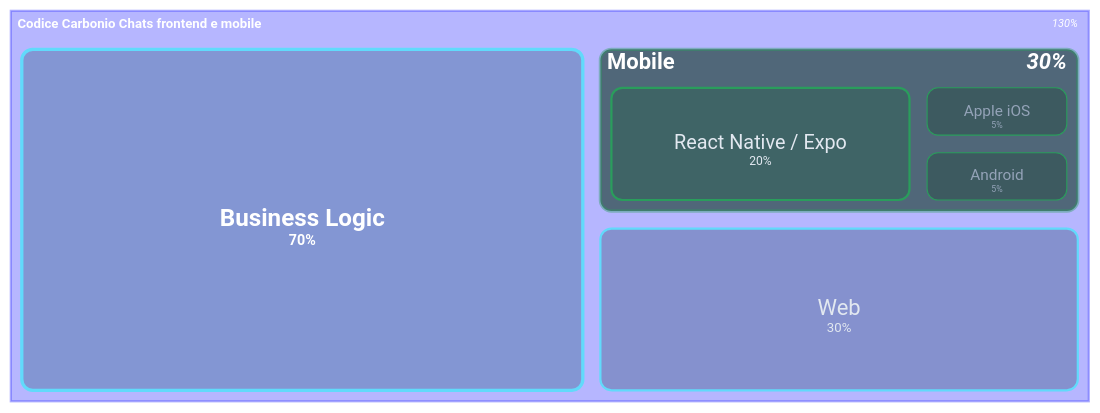
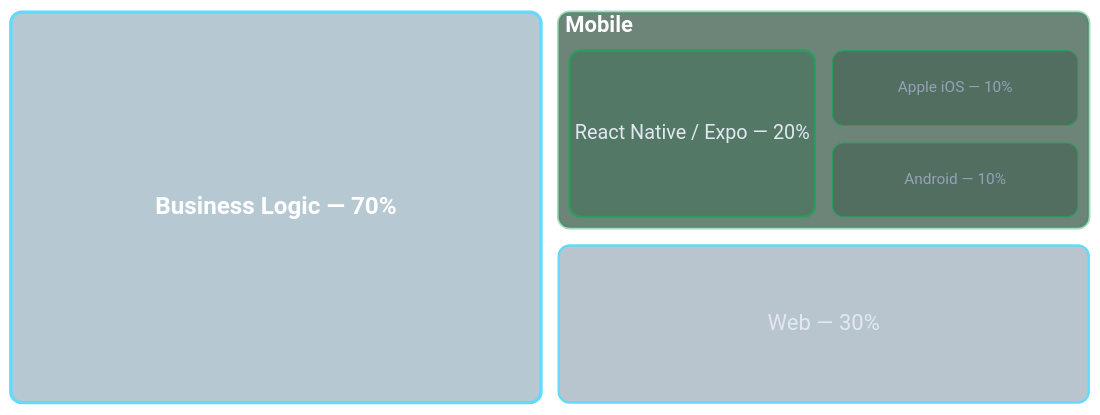
Before and after one commit to lisaparma/Chats-React-Native-slides: the diagram in pages/2-react-native.md, drawn with Mermaid. The commit also changed other lines of this file and 6 other files, not shown here.

````diff
--- a/pages/2-react-native.md
+++ b/pages/2-react-native.md
@@ -19,25 +19,23 @@
 ```mermaid
 ---
 config:
   treemap:
-    valueFormat: '.0%'
-    showValues: true
+    showValues: false
     padding: 16
     headerHeight: 36
 ---
 
 treemap-beta
-"Codice Carbonio Chats frontend e mobile"
-    "Business Logic": 0.70:::shared
-    "Web": 0.30:::web
+    "Business Logic  —  70%": 0.70:::shared
+    "Web  —  30%": 0.30:::web
     "Mobile":::mobileGroup
-        "React Native / Expo": 0.20:::rn
-        "Apple iOS": 0.05:::native
-        "Android": 0.05:::native
+        "React Native / Expo  —  20%": 0.20:::rn
+        "Apple iOS  —  10%": 0.10:::native
+        "Android  —  10%": 0.10:::native
 
 classDef shared fill:#0e4d6e,stroke:#61dafb,stroke-width:3px,color:#ffffff,font-size:22px,font-weight:bold,rx:10,ry:10;
 classDef web fill:#163d5c,stroke:#61dafb,stroke-width:2px,color:#e2e8f0,font-size:20px,rx:10,ry:10;
 classDef mobileGroup fill:#0d3320,stroke:#2a9d5c,stroke-width:3px,color:#ffffff,font-size:20px,font-weight:bold,rx:10,ry:10;
 classDef rn fill:#1a5c38,stroke:#2a9d5c,stroke-width:2px,color:#e2e8f0,font-size:18px,rx:10,ry:10;
 classDef native fill:#133d27,stroke:#2a9d5c,stroke-width:1px,color:#94a3b8,font-size:14px,rx:10,ry:10;
 ```
````
